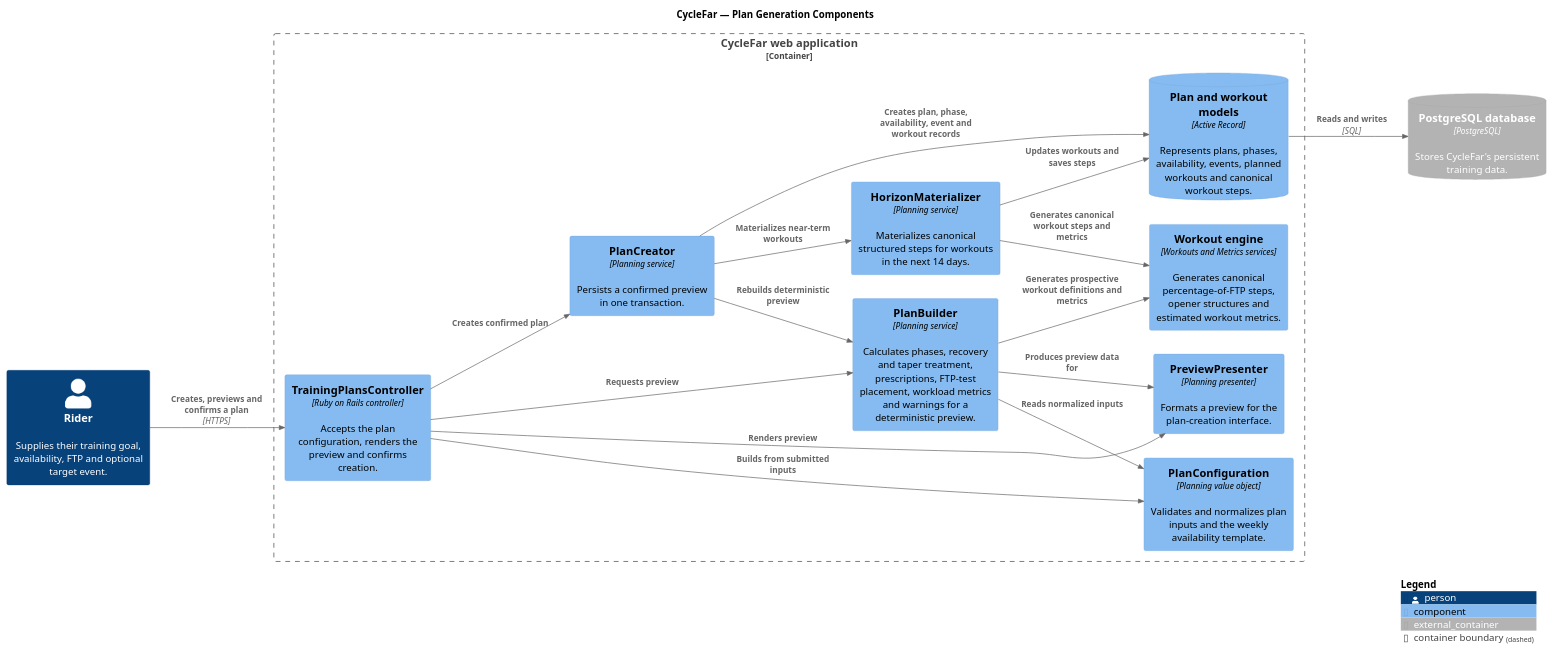
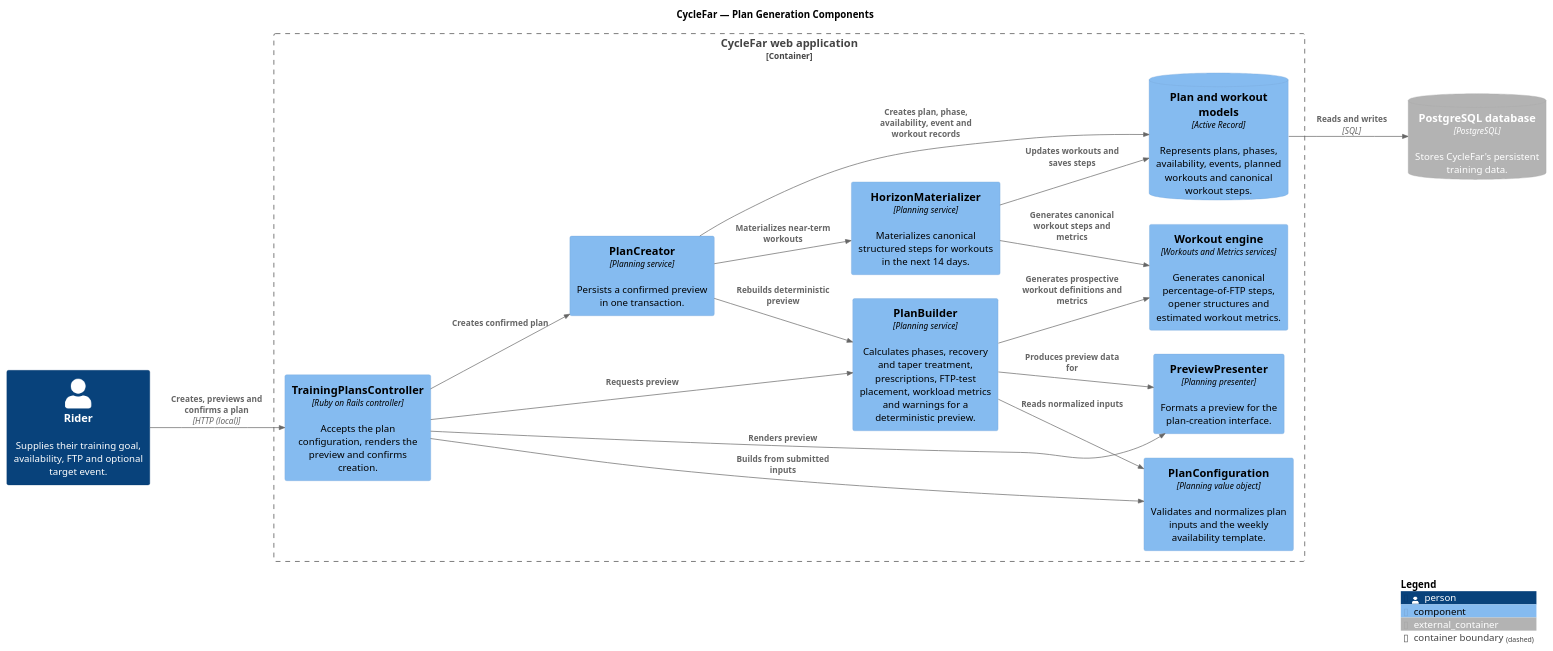
The diagram in docs/diagrams/cyclefar-plan-generation-components.puml (richardhartme/cyclefar), drawn with PlantUML before and after one commit. The commit also changed 18 other files, not shown here.

```diff
--- a/docs/diagrams/cyclefar-plan-generation-components.puml
+++ b/docs/diagrams/cyclefar-plan-generation-components.puml
@@ -1,38 +1,38 @@
 @startuml CycleFar Plan Generation Components
 !include https://raw.githubusercontent.com/plantuml-stdlib/C4-PlantUML/master/C4_Component.puml
 
 title CycleFar — Plan Generation Components
 
 LAYOUT_LEFT_RIGHT()
 
 Person(rider, "Rider", "Supplies their training goal, availability, FTP and optional target event.")
 ContainerDb_Ext(database, "PostgreSQL database", "PostgreSQL", "Stores CycleFar's persistent training data.")
 
 Container_Boundary(web_application, "CycleFar web application") {
   Component(controller, "TrainingPlansController", "Ruby on Rails controller", "Accepts the plan configuration, renders the preview and confirms creation.")
   Component(configuration, "PlanConfiguration", "Planning value object", "Validates and normalizes plan inputs and the weekly availability template.")
   Component(builder, "PlanBuilder", "Planning service", "Calculates phases, recovery and taper treatment, prescriptions, FTP-test placement, workload metrics and warnings for a deterministic preview.")
   Component(presenter, "PreviewPresenter", "Planning presenter", "Formats a preview for the plan-creation interface.")
   Component(creator, "PlanCreator", "Planning service", "Persists a confirmed preview in one transaction.")
   Component(materializer, "HorizonMaterializer", "Planning service", "Materializes canonical structured steps for workouts in the next 14 days.")
   Component(engine, "Workout engine", "Workouts and Metrics services", "Generates canonical percentage-of-FTP steps, opener structures and estimated workout metrics.")
   ComponentDb(models, "Plan and workout models", "Active Record", "Represents plans, phases, availability, events, planned workouts and canonical workout steps.")
 }
 
-Rel(rider, controller, "Creates, previews and confirms a plan", "HTTPS")
+Rel(rider, controller, "Creates, previews and confirms a plan", "HTTP (local)")
 Rel(controller, configuration, "Builds from submitted inputs")
 Rel(controller, builder, "Requests preview")
 Rel(builder, configuration, "Reads normalized inputs")
 Rel(builder, engine, "Generates prospective workout definitions and metrics")
 Rel(builder, presenter, "Produces preview data for")
 Rel(controller, presenter, "Renders preview")
 Rel(controller, creator, "Creates confirmed plan")
 Rel(creator, builder, "Rebuilds deterministic preview")
 Rel(creator, models, "Creates plan, phase, availability, event and workout records")
 Rel(creator, materializer, "Materializes near-term workouts")
 Rel(materializer, engine, "Generates canonical workout steps and metrics")
 Rel(materializer, models, "Updates workouts and saves steps")
 Rel(models, database, "Reads and writes", "SQL")
 
 SHOW_LEGEND()
 @enduml
```
